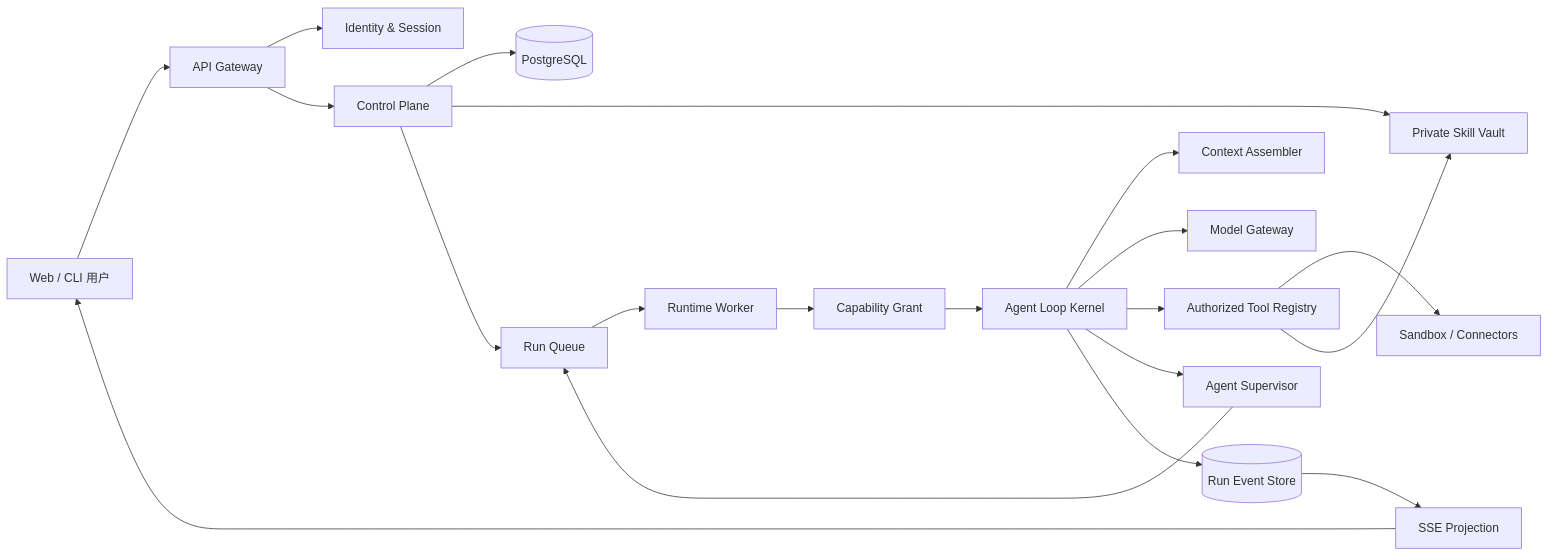
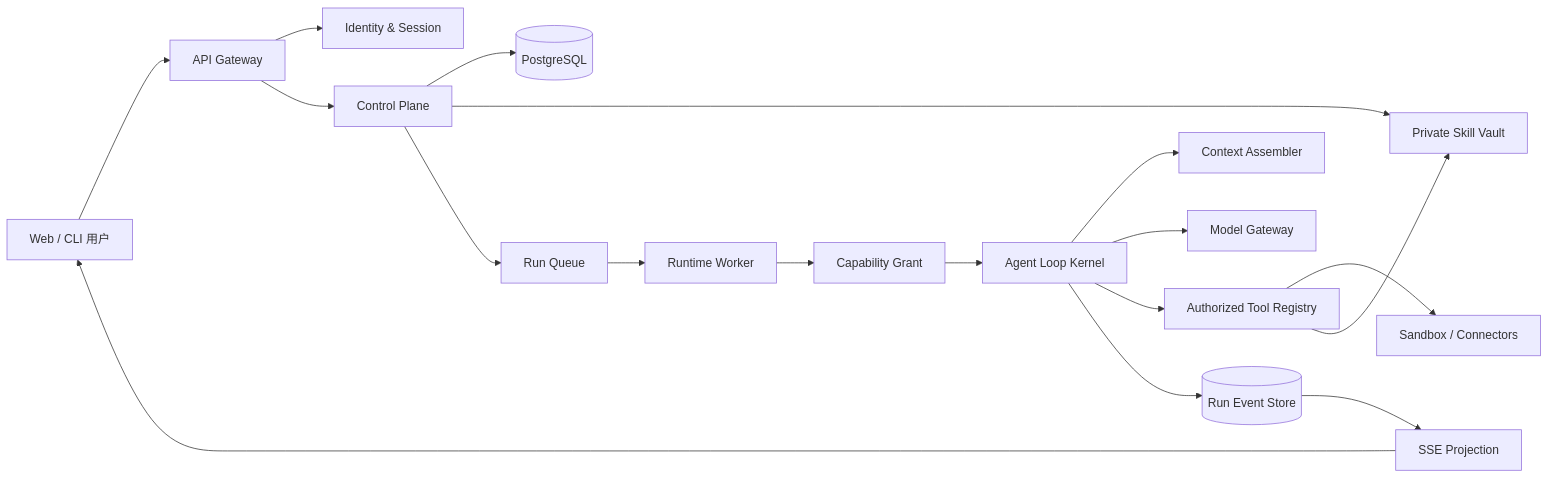
Before and after one commit to jasonzhu0922-sketch/agentloop: the first of 6 diagrams in docs/ARCHITECTURE.md, drawn with Mermaid. The commit also changed other lines of this file and 102 other files, not shown here.

````diff
--- a/docs/ARCHITECTURE.md
+++ b/docs/ARCHITECTURE.md
@@ -42,23 +41,21 @@
 ```mermaid
 flowchart LR
   U["Web / CLI 用户"] --> API["API Gateway"]
   API --> AUTH["Identity & Session"]
   API --> CP["Control Plane"]
   CP --> PG[("PostgreSQL")]
   CP --> VAULT["Private Skill Vault"]
   CP --> Q["Run Queue"]
 
   Q --> W["Runtime Worker"]
   W --> GRANT["Capability Grant"]
   GRANT --> LOOP["Agent Loop Kernel"]
   LOOP --> CTX["Context Assembler"]
   LOOP --> MODELS["Model Gateway"]
   LOOP --> TOOLS["Authorized Tool Registry"]
-  LOOP --> SUP["Agent Supervisor"]
   TOOLS --> SANDBOX["Sandbox / Connectors"]
   TOOLS --> VAULT
-  SUP --> Q
   LOOP --> EVENTS[("Run Event Store")]
   EVENTS --> SSE["SSE Projection"]
   SSE --> U
 ```
````
